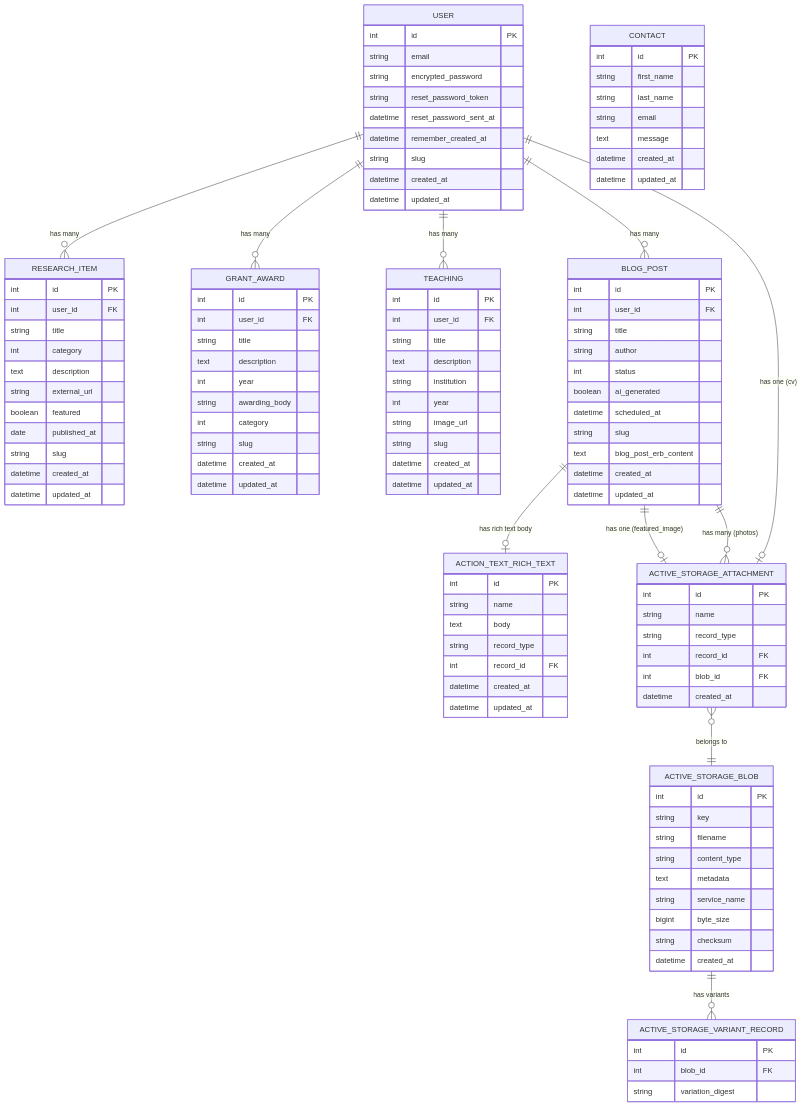
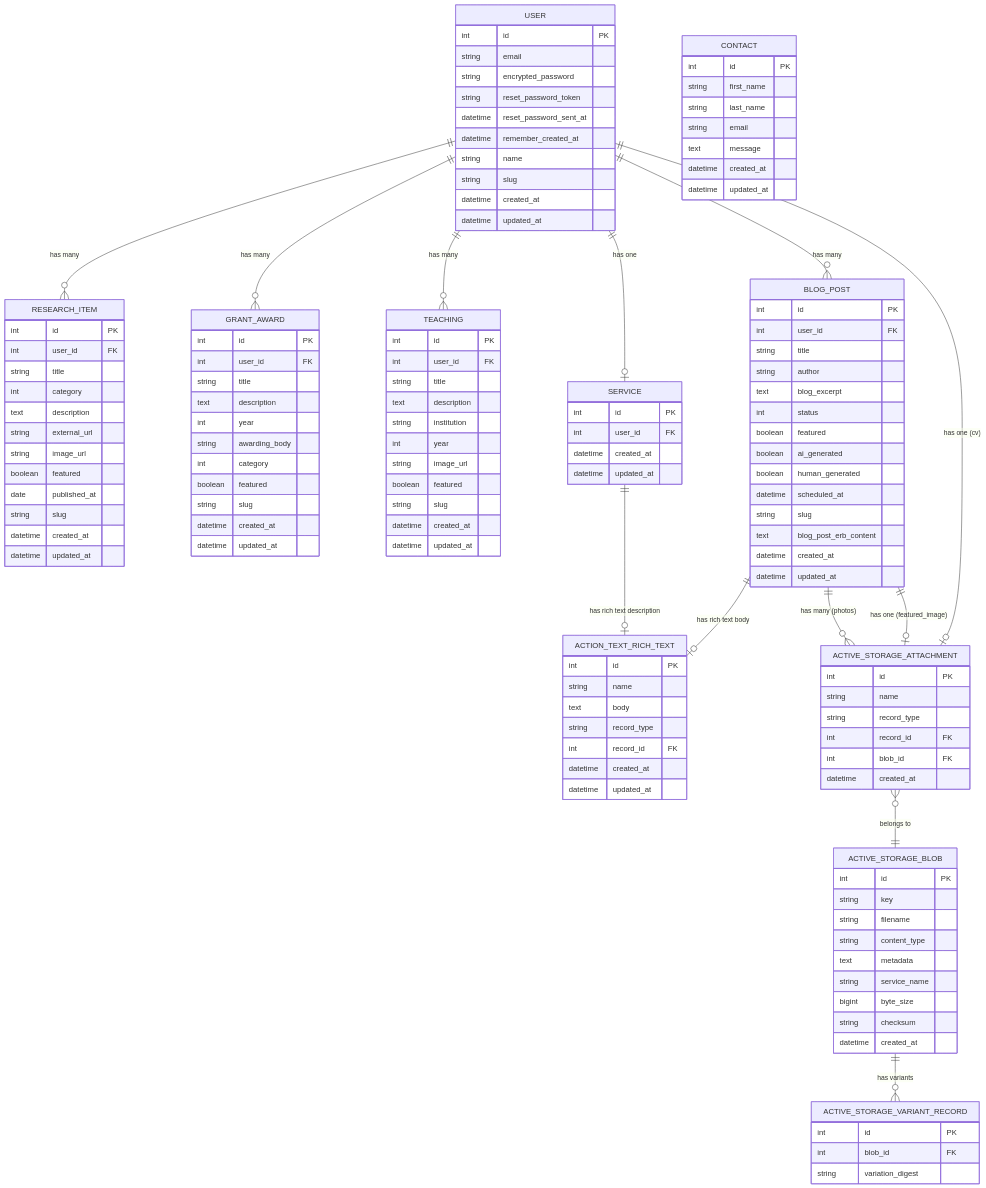
Before and after one commit to louiskb/isarak-portfolio: the diagram in docs/ERD.md, drawn with Mermaid. The commit also changed other lines of this file and 1 other file, not shown here.

Commit message:
docs: update ERD, TODO for session 6 — navbar polish, SMTP, social links, mobile audit

```diff
--- a/docs/ERD.md
+++ b/docs/ERD.md
@@ -9,6 +9,7 @@
         string reset_password_token
         datetime reset_password_sent_at
         datetime remember_created_at
+        string name
         string slug
         datetime created_at
         datetime updated_at
@@ -21,6 +22,7 @@
         int category
         text description
         string external_url
+        string image_url
         boolean featured
         date published_at
         string slug
@@ -36,6 +38,7 @@
         int year
         string awarding_body
         int category
+        boolean featured
         string slug
         datetime created_at
         datetime updated_at
@@ -49,6 +52,7 @@
         string institution
         int year
         string image_url
+        boolean featured
         string slug
         datetime created_at
         datetime updated_at
@@ -59,11 +63,21 @@
         int user_id FK
         string title
         string author
+        text blog_excerpt
         int status
+        boolean featured
         boolean ai_generated
+        boolean human_generated
         datetime scheduled_at
         string slug
         text blog_post_erb_content
+        datetime created_at
+        datetime updated_at
+    }
+
+    SERVICE {
+        int id PK
+        int user_id FK
         datetime created_at
         datetime updated_at
     }
@@ -119,8 +133,10 @@
     USER ||--o{ GRANT_AWARD : "has many"
     USER ||--o{ TEACHING : "has many"
     USER ||--o{ BLOG_POST : "has many"
+    USER ||--o| SERVICE : "has one"
     USER ||--o| ACTIVE_STORAGE_ATTACHMENT : "has one (cv)"
     BLOG_POST ||--o| ACTION_TEXT_RICH_TEXT : "has rich text body"
+    SERVICE ||--o| ACTION_TEXT_RICH_TEXT : "has rich text description"
     BLOG_POST ||--o| ACTIVE_STORAGE_ATTACHMENT : "has one (featured_image)"
     BLOG_POST ||--o{ ACTIVE_STORAGE_ATTACHMENT : "has many (photos)"
     ACTIVE_STORAGE_ATTACHMENT }o--|| ACTIVE_STORAGE_BLOB : "belongs to"
```
